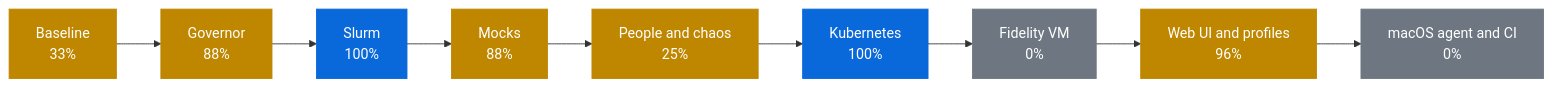
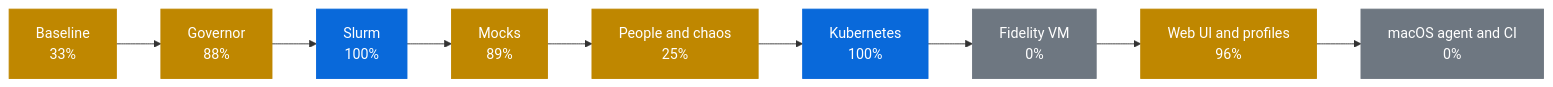
The first of 2 diagrams in docs/PROGRESS.md (AhmedYousriSobhi/workbench), drawn with Mermaid before and after one commit. The commit also changed other lines of this file and 18 other files, not shown here.

````diff
--- a/docs/PROGRESS.md
+++ b/docs/PROGRESS.md
@@ -12,17 +12,17 @@
 ```mermaid
 flowchart LR
     p0["Baseline<br/>33%"]:::partial
     p1["Governor<br/>88%"]:::partial
     p2["Slurm<br/>100%"]:::review
-    p3["Mocks<br/>88%"]:::partial
+    p3["Mocks<br/>89%"]:::partial
     p4["People and chaos<br/>25%"]:::partial
     p5["Kubernetes<br/>100%"]:::review
     p6["Fidelity VM<br/>0%"]:::todo
     p7["Web UI and profiles<br/>96%"]:::partial
     p8["macOS agent and CI<br/>0%"]:::todo
     p0 --> p1 --> p2 --> p3 --> p4 --> p5 --> p6 --> p7 --> p8
     classDef done fill:#1a7f37,stroke:#1a7f37,color:#fff
     classDef review fill:#0969da,stroke:#0969da,color:#fff
     classDef partial fill:#bf8700,stroke:#bf8700,color:#fff
     classDef todo fill:#6e7781,stroke:#6e7781,color:#fff
 ```
````
